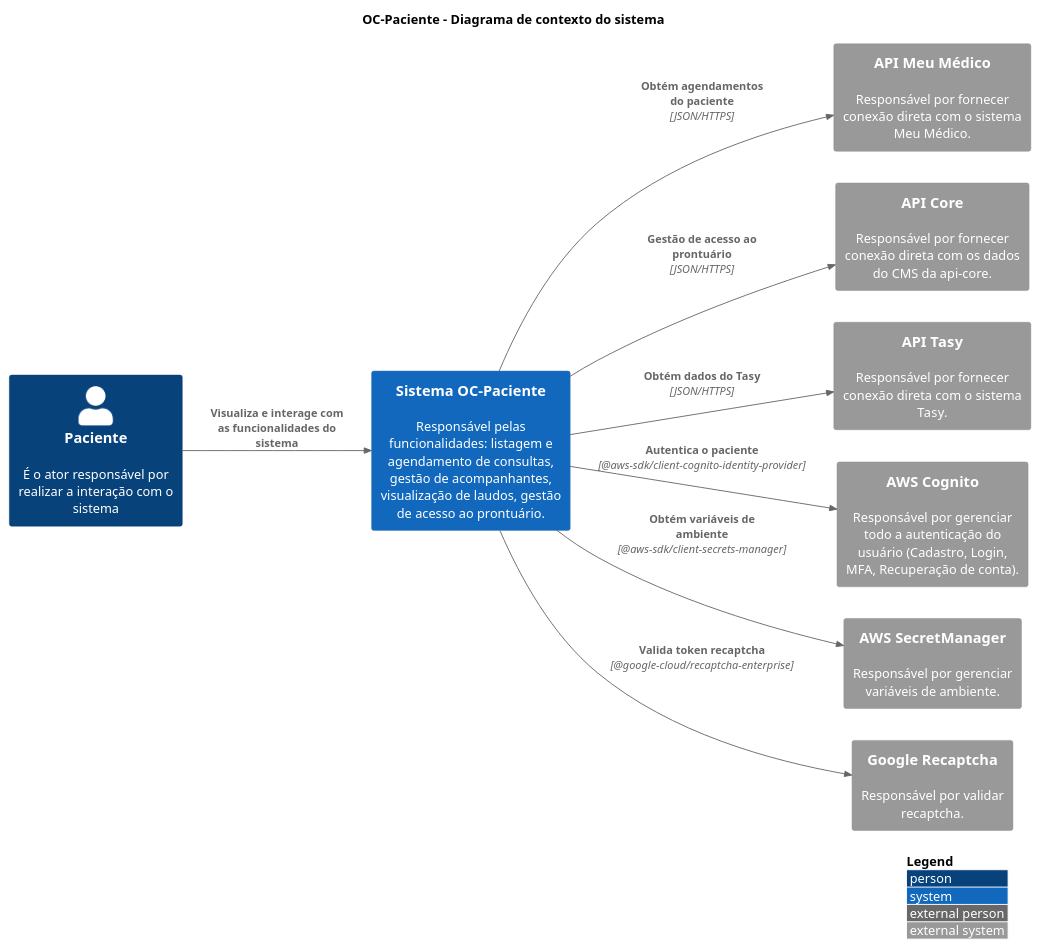
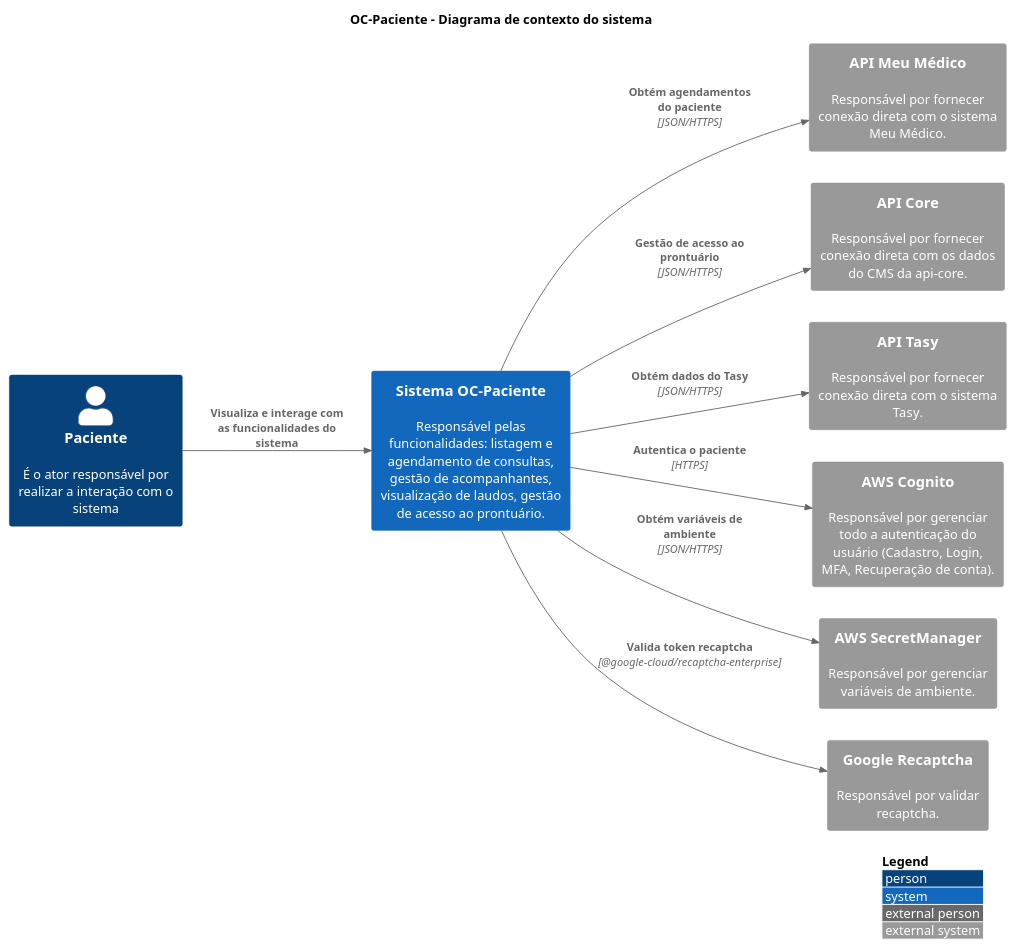
One commit to luizggbasedigital/poc-oc-docs changed the diagram in src/OC-Paciente/C1. Visão Geral/context.puml. Above: the diagram before and after it, drawn with PlantUML. The commit also changed 7 other files, not shown here.

Commit message:
docs: remove lib declarations in context and containers diagrams

```diff
--- a/src/OC-Paciente/C1. Visão Geral/context.puml
+++ b/src/OC-Paciente/C1. Visão Geral/context.puml
@@ -1,35 +1,35 @@
 @startuml "Context Diagram"
 
 title "OC-Paciente - Diagrama de contexto do sistema"
 
 !include https://raw.githubusercontent.com/adrianvlupu/C4-PlantUML/latest/C4_Context.puml
 
 LAYOUT_WITH_LEGEND()
 LAYOUT_LEFT_RIGHT()
 
 skinparam backgroundcolor transparent
 
 /'Actors'/
 Person(ActorPatient, "Paciente", "É o ator responsável por realizar a interação com o sistema ")
 
 /'Internal Systems'/
 System(SystemOCPatient, "Sistema OC-Paciente", "Responsável pelas funcionalidades: listagem e agendamento de consultas, gestão de acompanhantes, visualização de laudos, gestão de acesso ao prontuário.")
 
 /'External Systems'/
 System_Ext(SystemMyPhysicianApi, "API Meu Médico", "Responsável por fornecer conexão direta com o sistema Meu Médico.")
 System_Ext(SystemApiCore, "API Core", "Responsável por fornecer conexão direta com os dados do CMS da api-core.")
 System_Ext(SystemTasyApi, "API Tasy", "Responsável por fornecer conexão direta com o sistema Tasy.")
 System_Ext(SystemAWSCognito, "AWS Cognito", "Responsável por gerenciar todo a autenticação do usuário (Cadastro, Login, MFA, Recuperação de conta).")
 System_Ext(SystemAWSSecretManager, "AWS SecretManager", "Responsável por gerenciar variáveis de ambiente.")
 System_Ext(SystemGoogleRecaptcha, "Google Recaptcha", "Responsável por validar recaptcha.")
 
 /'Relations'/
 Rel(ActorPatient, SystemOCPatient, "Visualiza e interage com as funcionalidades do sistema")
 Rel(SystemOCPatient, SystemGoogleRecaptcha, "Valida token recaptcha", "@google-cloud/recaptcha-enterprise")
-Rel(SystemOCPatient, SystemAWSCognito, "Autentica o paciente", "@aws-sdk/client-cognito-identity-provider")
-Rel(SystemOCPatient, SystemAWSSecretManager, "Obtém variáveis de ambiente", "@aws-sdk/client-secrets-manager")
+Rel(SystemOCPatient, SystemAWSCognito, "Autentica o paciente", "HTTPS")
+Rel(SystemOCPatient, SystemAWSSecretManager, "Obtém variáveis de ambiente", "JSON/HTTPS")
 Rel(SystemOCPatient, SystemMyPhysicianApi, "Obtém agendamentos do paciente", "JSON/HTTPS")
 Rel(SystemOCPatient, SystemTasyApi, "Obtém dados do Tasy", "JSON/HTTPS")
 Rel(SystemOCPatient, SystemApiCore, "Gestão de acesso ao prontuário", "JSON/HTTPS")
 
 @enduml
```
